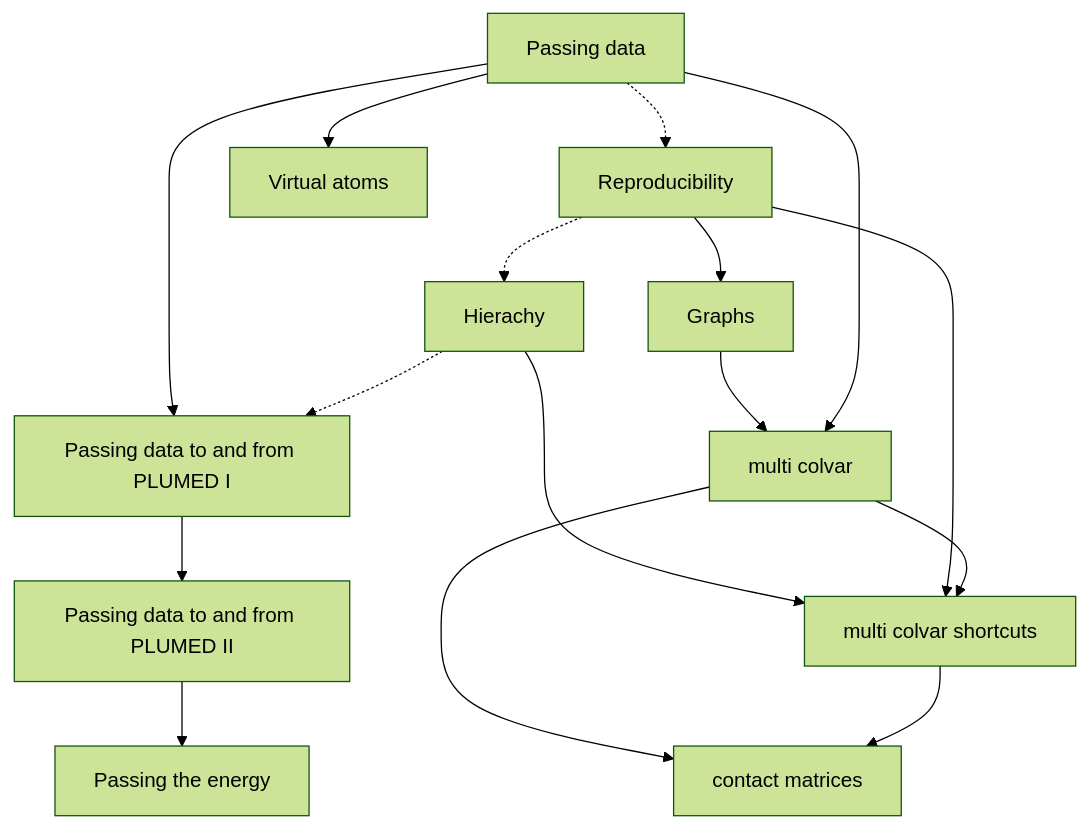
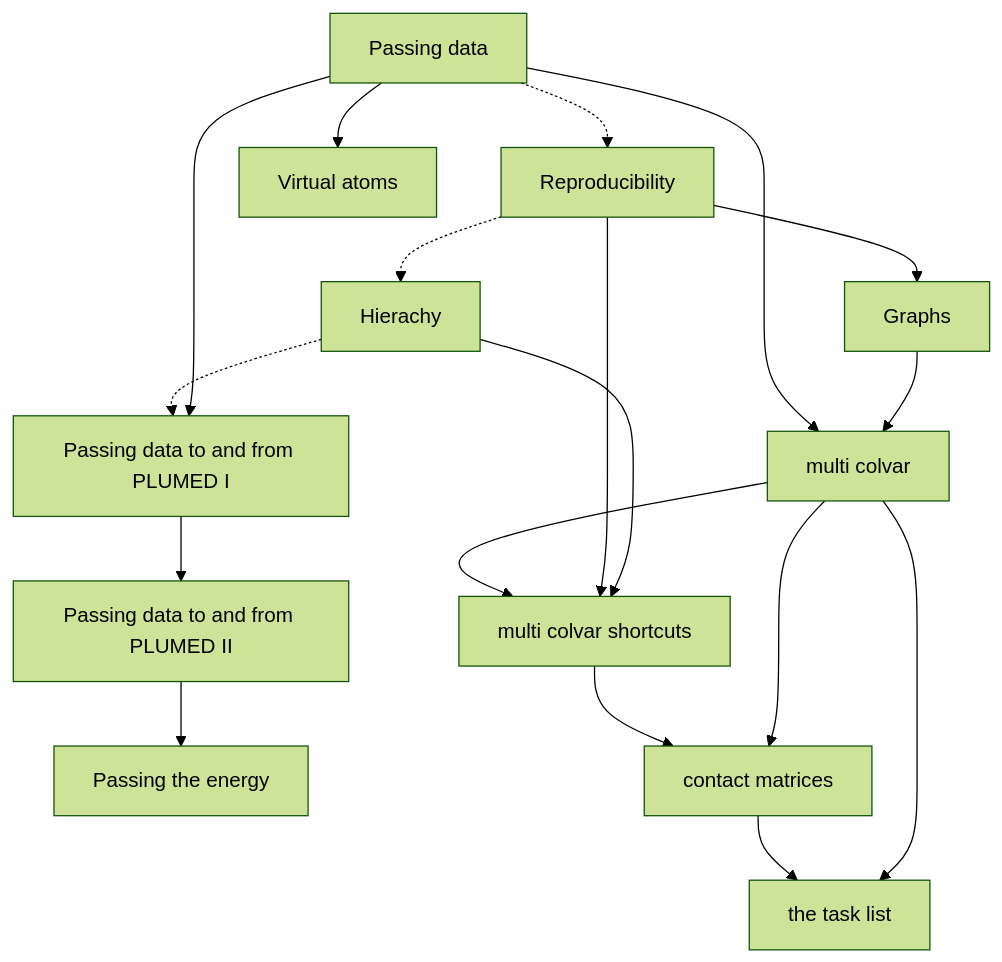
Before and after one commit to gtribello/plumed-thoughts: the diagram in NAVIGATION.md, drawn with Mermaid (forest theme). The commit also changed 1 other file, not shown here.

Commit message:
Wrote something about the task loop

````diff
--- a/NAVIGATION.md
+++ b/NAVIGATION.md
@@ -21,29 +21,32 @@
 ```mermaid
 flowchart TB;
   A[Passing data] -.-> B[Reproducibility];
   B -.-> C[Hierachy];
   C -.-> D[Passing data to and from PLUMED I];
   D --> E[Passing data to and from PLUMED II];
   A --> D;
   E --> F[Passing the energy];
   A --> G[Virtual atoms]
   B --> H[Graphs]
   A --> I[multi colvar]
   H --> I
   I --> J[multi colvar shortcuts]
   B --> J
   C --> J
   J --> K[contact matrices]
   I --> K
+  K --> L[the task list]
+  I --> L
   click A "Passing.md" "8th May 2023: General thoughts about how data is passed between PLUMED actions";
   click B "Reproducibility.md" "8th May 2023: General thoughts about why we want to do calculations that are reproducibile";
   click C "Community.md" "8th May 2023: General thoughts about how we support communities of scholars"
   click D "MDInterfaceI.md" "8th May 2023: A description of how data is passed to and from PLUMED"
   click E "MDInterfaceII.md" "21st May 2023: A description of how atomic properties are passed to and from PLUMED"
   click F "PassingEnergy.md" "21st May 2023: A description of how potential energy is passed to PLUMED"
   click G "VirtualAtoms.md" "22nd May 2023: A description of how virtual atom positions are passed between Actions in PLUMED"
   click H "Graphs.md" "1st June 2023: A description of the way we can use graphs to illustrate PLUMED input files"
   click I "MultiColvar.md" "1st June 2023: An explaination of how multicolvar is implemented"
   click J "MultiColvarShortcut.md" "9th June 2023: An explanation of how backwards compatibility for MultiColvar has been ensured and an introduction to ActionShortcut"
   click K "contactMatrix.md" "12th June 2023: An explanation of how coordination numbers and contact maps can be used to construct CVs"
+  click L "tasks.md" "13th June 2023: More details on how the task list are used in the calculation of MultiColvars and contact matrix based CVs"
 ```
````
